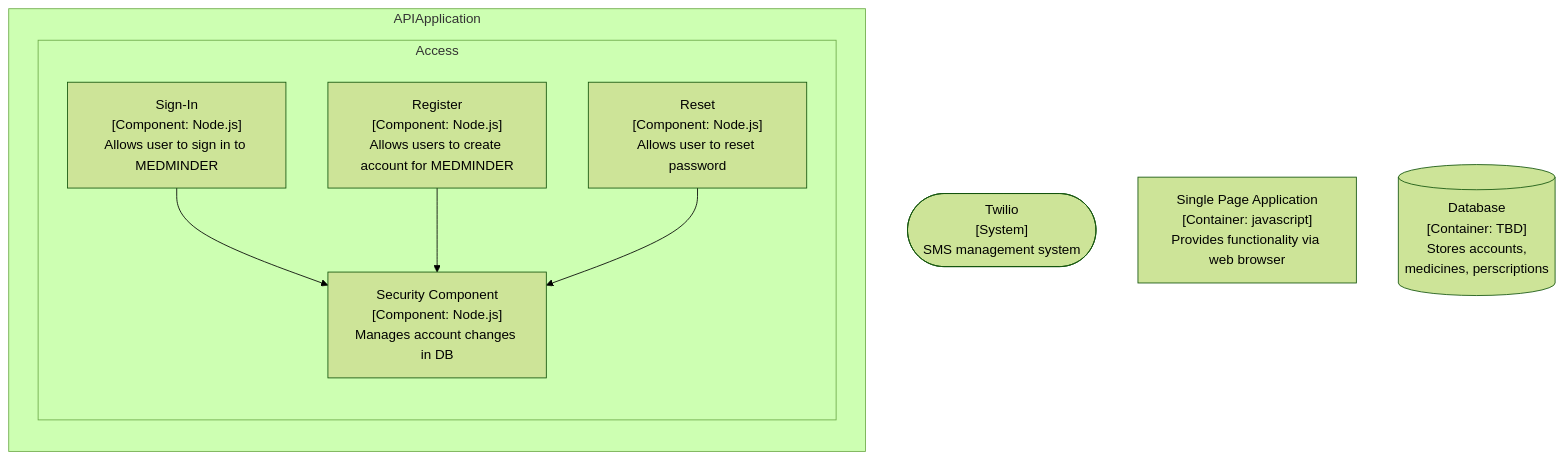
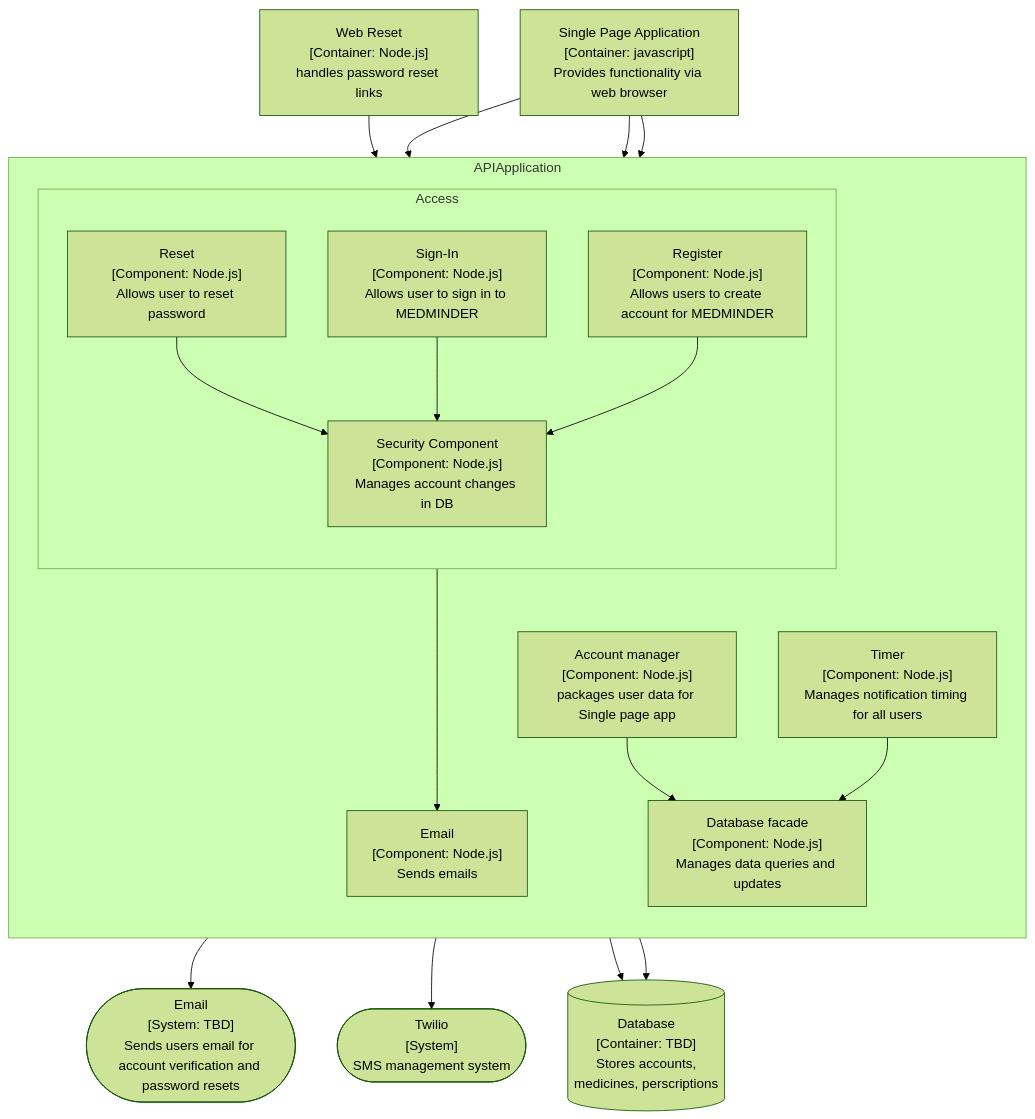
Before and after one commit to nop0x0f/COSC412_team1: the fifth of 7 diagrams in design/C4diagrams.md, drawn with Mermaid (forest theme).

Commit message:
Update C4diagrams.md (#3)
* Update C4diagrams.md

updated web api component diagram

* added email to api

````diff
--- a/design/C4diagrams.md
+++ b/design/C4diagrams.md
@@ -68,19 +68,36 @@
 ```mermaid
 flowchart TB
+reset["Web Reset<br/>[Container: Node.js]<br/>handles password reset links"]
+Email(["Email<br/>[System: TBD]<br/>Sends users email for account verification and password resets"])
 Twilio(["Twilio<br/>[System]<br/>SMS management system"])
 single["Single Page Application<br/>[Container: javascript]<br/>Provides functionality via web browser"]
 db[("Database<br/>[Container: TBD]<br/>Stores accounts,<br/>medicines, perscriptions")]
   subgraph APIApplication
 	direction TB
+	Time["Timer<br/>[Component: Node.js]<br/>Manages notification timing for all users"]
+	Account["Account manager<br/>[Component: Node.js]<br/>packages user data for Single page app"]
+	Dbfacade["Database facade<br/>[Component: Node.js]<br/>Manages data queries and updates"]
 	subgraph Access
 		direction TB
 		Signin["Sign-In<br/>[Component: Node.js]<br/>Allows user to sign in to MEDMINDER"]
 		Signup["Register<br/>[Component: Node.js]<br/>Allows users to create account for MEDMINDER"]
 		Reset["Reset<br/>[Component: Node.js]<br/>Allows user to reset password"]
 		Security["Security Component<br/>[Component: Node.js]<br/>Manages account changes in DB"]
+		Reset --> Security
 		Signin --> Security
 		Signup --> Security
-		Reset --> Security
 	end
+	mail["Email<br/>[Component: Node.js]<br/>Sends emails"]
+	Reset ---> mail
+	Account --> Dbfacade
   end
+mail --> Email
+Time --> Twilio
+Time --> Dbfacade
+Security --> db
+Dbfacade --> db
+single --> Signin
+reset --> Reset
+single --> Signup
+single --> Account
 ```
````
